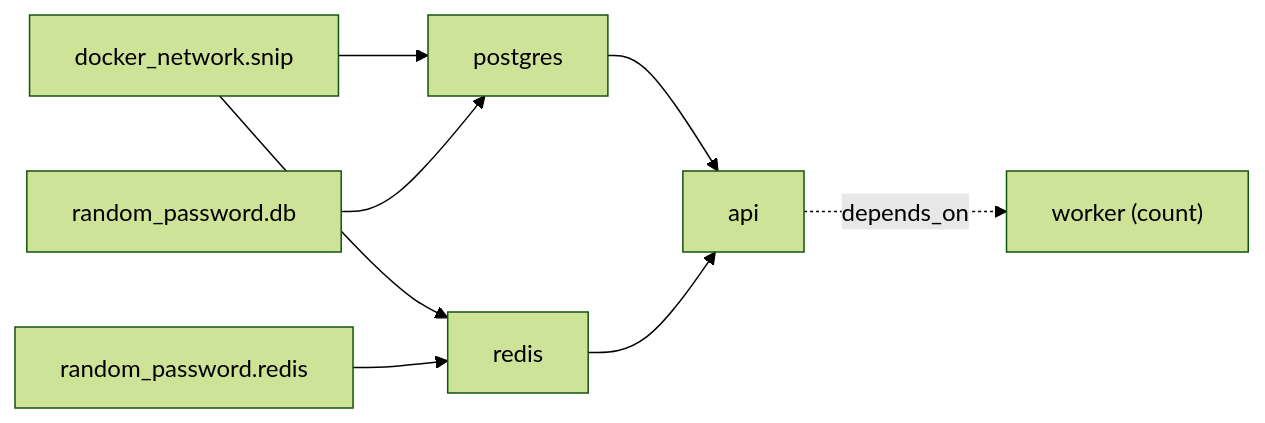
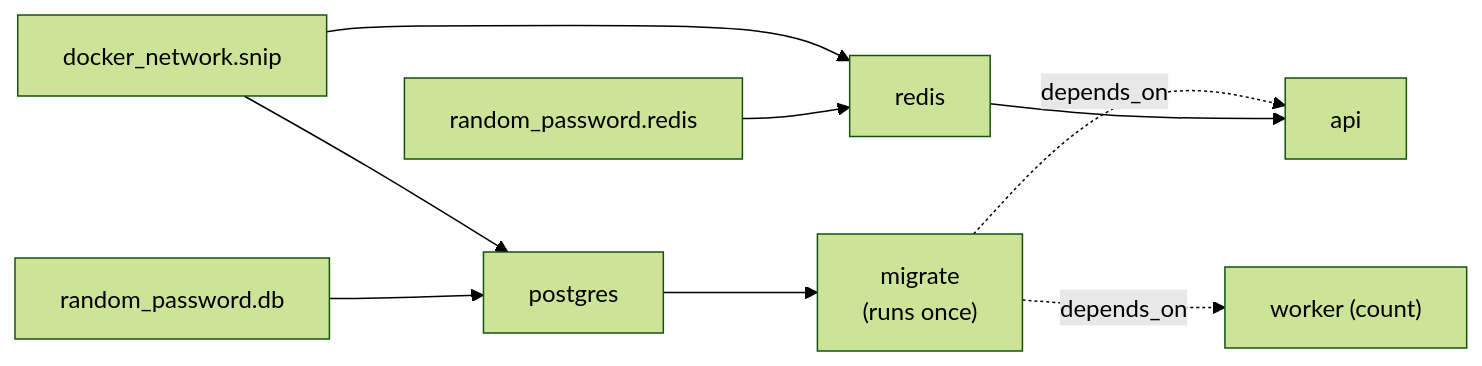
The fourth of 4 diagrams in docs/cloud/terraform-from-zero.mdx (jawwadzafar/zero-to-prod), drawn with Mermaid (forest theme) before and after one commit. The commit also changed other lines of this file and 21 other files, not shown here.

````diff
--- a/docs/cloud/terraform-from-zero.mdx
+++ b/docs/cloud/terraform-from-zero.mdx
@@ -338,10 +338,11 @@
 ```mermaid
 flowchart LR
   net["docker_network.snip"] --> pg["postgres"]
   net --> rd["redis"]
   pw["random_password.db"] --> pg
   pw2["random_password.redis"] --> rd
-  pg --> api["api"]
+  pg --> m["migrate<br/>(runs once)"]
+  m -. "depends_on" .-> api["api"]
+  m -. "depends_on" .-> w["worker (count)"]
   rd --> api
-  api -. "depends_on" .-> w["worker (count)"]
 ```
````
